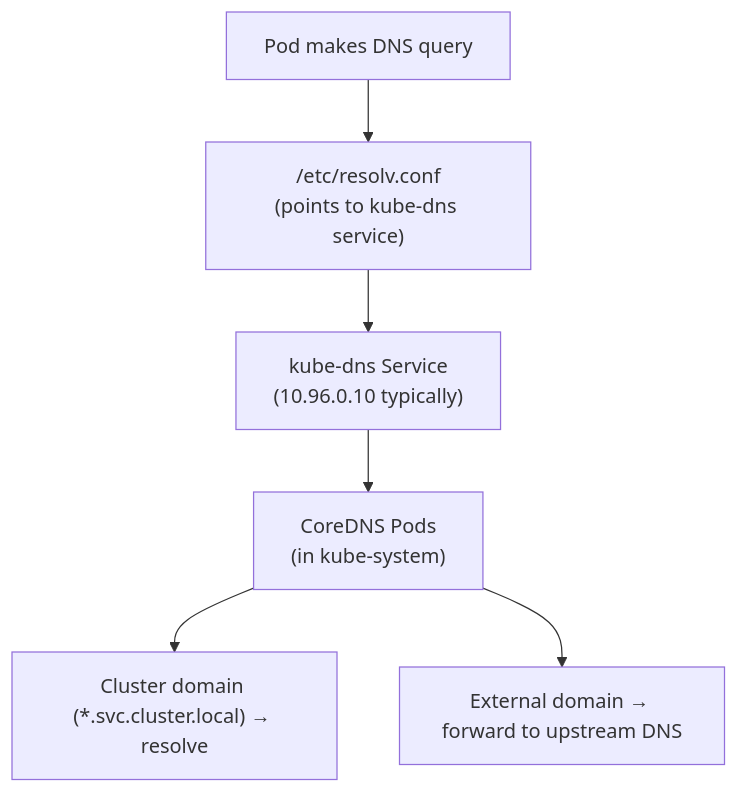
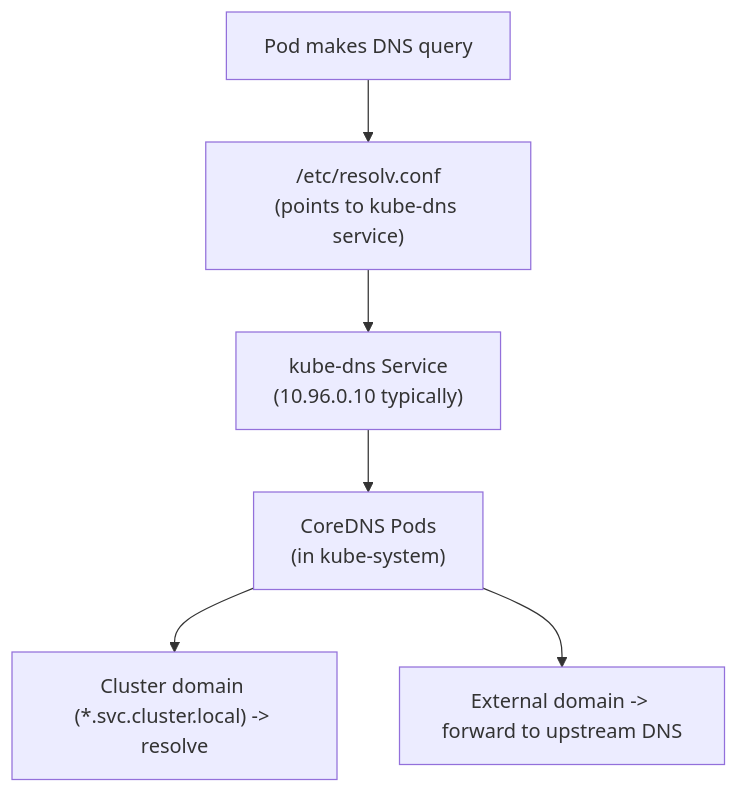
The third of 6 diagrams in src/content/docs/k8s/cka/part5-troubleshooting/module-5.5-networking.md (krisztiankoos/kubedojo), drawn with Mermaid before and after one commit. The commit also changed other lines of this file, not shown here.

````diff
--- a/src/content/docs/k8s/cka/part5-troubleshooting/module-5.5-networking.md
+++ b/src/content/docs/k8s/cka/part5-troubleshooting/module-5.5-networking.md
@@ -167,15 +156,15 @@
 ```mermaid
 flowchart TD
     A["Pod makes DNS query"]
     B["/etc/resolv.conf<br>(points to kube-dns service)"]
     C["kube-dns Service<br>(10.96.0.10 typically)"]
     D["CoreDNS Pods<br>(in kube-system)"]
-    E["Cluster domain (*.svc.cluster.local) → resolve"]
-    F["External domain → forward to upstream DNS"]
+    E["Cluster domain (*.svc.cluster.local) -> resolve"]
+    F["External domain -> forward to upstream DNS"]
 
     A --> B
     B --> C
     C --> D
     D --> E
     D --> F
 ```
````
